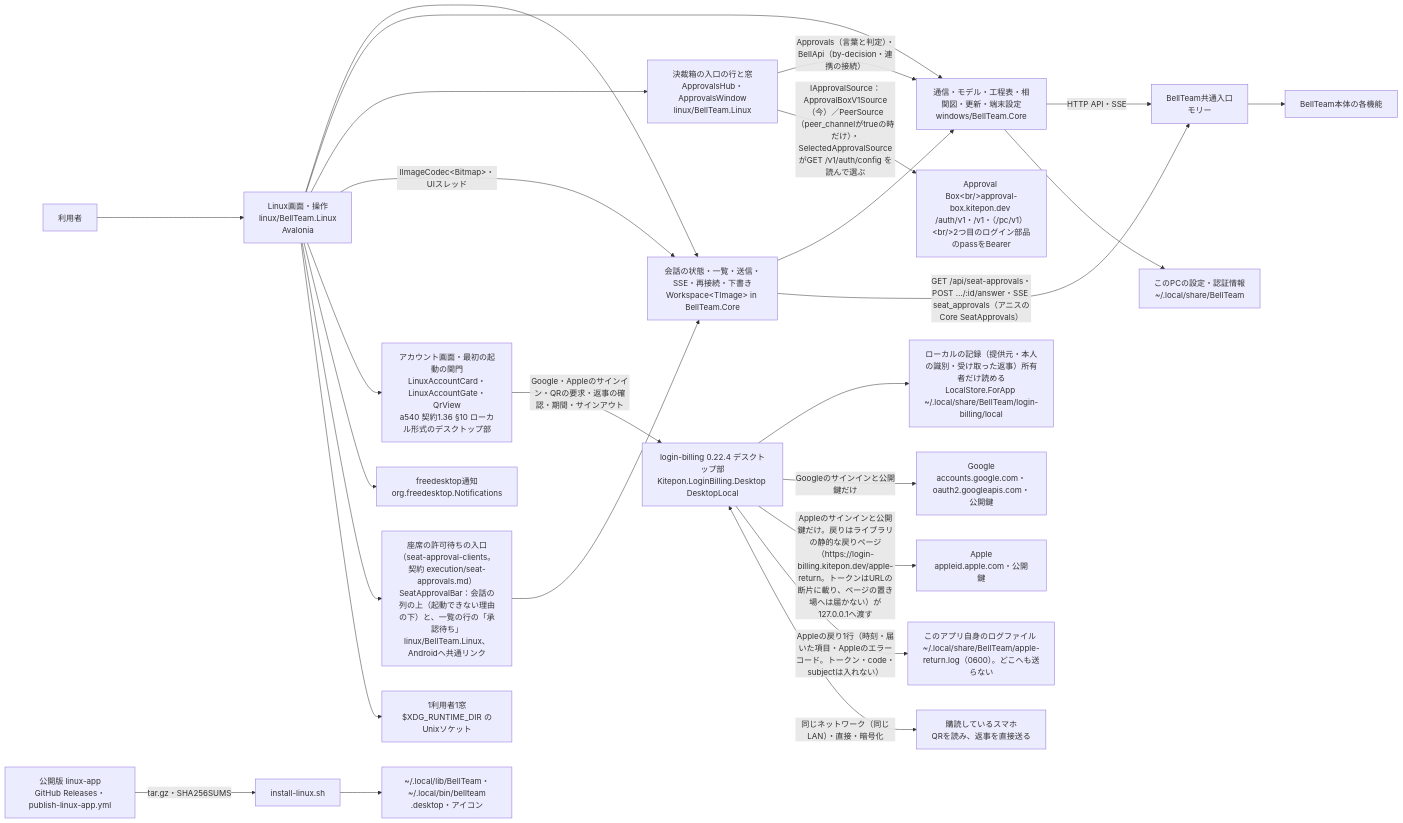
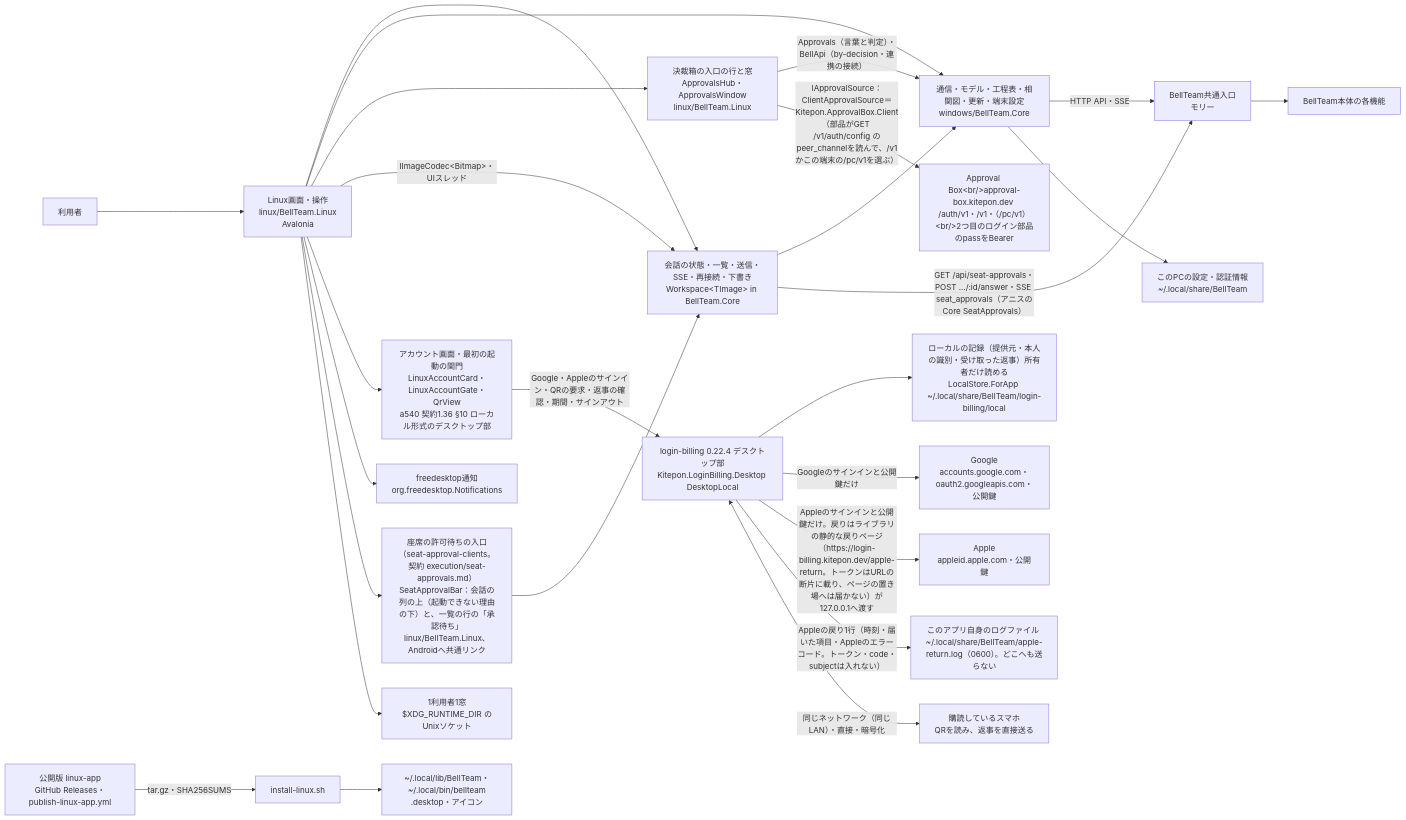
The first of 3 diagrams in docs/linux-architecture.md (kitepon/BellTeam), drawn with Mermaid before and after one commit. The commit also changed other lines of this file and 39 other files, not shown here.

First line of the commit message:
abx-child-join-embed: Linux + Android embed Kitepon.ApprovalBox.Client 0.5.0, the 決裁箱 window joins as a child (#2568)

````diff
--- a/docs/linux-architecture.md
+++ b/docs/linux-architecture.md
@@ -9,28 +9,28 @@
 ```mermaid
 flowchart LR
   user[利用者] --> ui[Linux画面・操作<br/>linux/BellTeam.Linux<br/>Avalonia]
   ui --> ws[会話の状態・一覧・送信・SSE・再接続・下書き<br/>Workspace&lt;TImage&gt; in BellTeam.Core]
   ui --> core[通信・モデル・工程表・相関図・更新・端末設定<br/>windows/BellTeam.Core]
   ui --> abx[決裁箱の入口の行と窓<br/>ApprovalsHub・ApprovalsWindow<br/>linux/BellTeam.Linux]
   abx -->|Approvals（言葉と判定）・BellApi（by-decision・連携の接続）| core
-  abx -->|IApprovalSource：ApprovalBoxV1Source（今）／PeerSource（peer_channelがtrueの時だけ）・SelectedApprovalSourceがGET /v1/auth/config を読んで選ぶ| abxsrv[Approval Box&lt;br/&gt;approval-box.kitepon.dev /auth/v1・/v1・（/pc/v1）&lt;br/&gt;2つ目のログイン部品のpassをBearer]
+  abx -->|IApprovalSource：ClientApprovalSource＝Kitepon.ApprovalBox.Client（部品がGET /v1/auth/config のpeer_channelを読んで、/v1かこの端末の/pc/v1を選ぶ）| abxsrv[Approval Box&lt;br/&gt;approval-box.kitepon.dev /auth/v1・/v1・（/pc/v1）&lt;br/&gt;2つ目のログイン部品のpassをBearer]
   ws --> core
   ui -->|IImageCodec&lt;Bitmap&gt;・UIスレッド| ws
   core -->|HTTP API・SSE| integration[BellTeam共通入口<br/>モリー]
   core --> local[このPCの設定・認証情報<br/>~/.local/share/BellTeam]
   ui --> account[アカウント画面・最初の起動の関門<br/>LinuxAccountCard・LinuxAccountGate・QrView<br/>a540 契約1.36 §10 ローカル形式のデスクトップ部]
   account -->|Google・Appleのサインイン・QRの要求・返事の確認・期間・サインアウト| lib[login-billing 0.22.4 デスクトップ部<br/>Kitepon.LoginBilling.Desktop DesktopLocal]
   lib --> pass[ローカルの記録（提供元・本人の識別・受け取った返事）所有者だけ読める<br/>LocalStore.ForApp ~/.local/share/BellTeam/login-billing/local]
   lib -->|Googleのサインインと公開鍵だけ| google[Google<br/>accounts.google.com・oauth2.googleapis.com・公開鍵]
   lib -->|Appleのサインインと公開鍵だけ。戻りはライブラリの静的な戻りページ（https://login-billing.kitepon.dev/apple-return。トークンはURLの断片に載り、ページの置き場へは届かない）が127.0.0.1へ渡す| apple[Apple<br/>appleid.apple.com・公開鍵]
   lib -->|Appleの戻り1行（時刻・届いた項目・Appleのエラーコード。トークン・code・subjectは入れない）| devlog[このアプリ自身のログファイル ~/.local/share/BellTeam/apple-return.log（0600）。どこへも送らない]
   lib <-->|同じネットワーク（同じLAN）・直接・暗号化| phone[購読しているスマホ<br/>QRを読み、返事を直接送る]
   ui --> notify[freedesktop通知<br/>org.freedesktop.Notifications]
   ui --> seat[座席の許可待ちの入口（seat-approval-clients。契約 execution/seat-approvals.md）<br/>SeatApprovalBar：会話の列の上（起動できない理由の下）と、一覧の行の「承認待ち」<br/>linux/BellTeam.Linux、Androidへ共通リンク]
   seat --> ws
   ws -->|"GET /api/seat-approvals・POST …/:id/answer・SSE seat_approvals（アニスのCore SeatApprovals）"| integration
   ui --> single[1利用者1窓<br/>$XDG_RUNTIME_DIR のUnixソケット]
   release[公開版 linux-app<br/>GitHub Releases・publish-linux-app.yml] -->|tar.gz・SHA256SUMS| install[install-linux.sh]
   install --> files[~/.local/lib/BellTeam・~/.local/bin/bellteam<br/>.desktop・アイコン]
   integration --> server[BellTeam本体の各機能]
 ```
````
